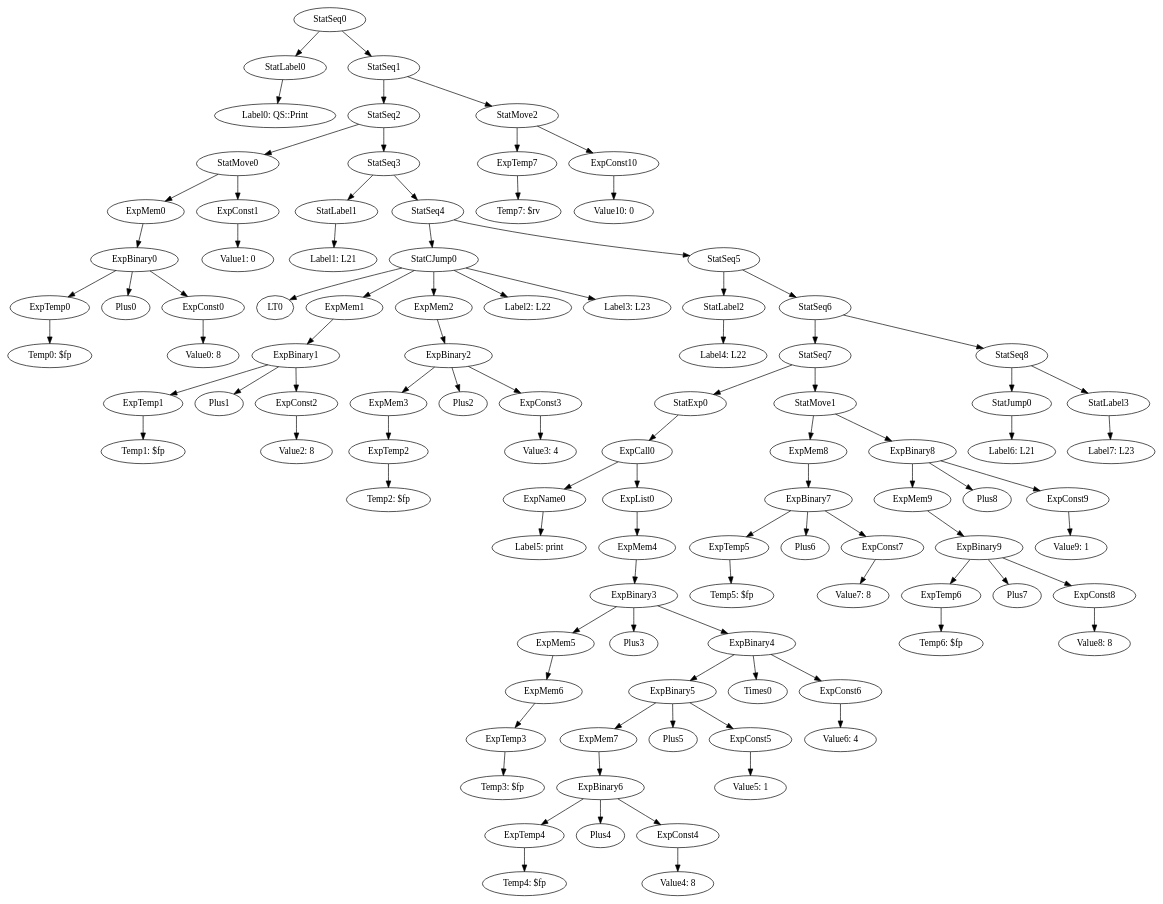
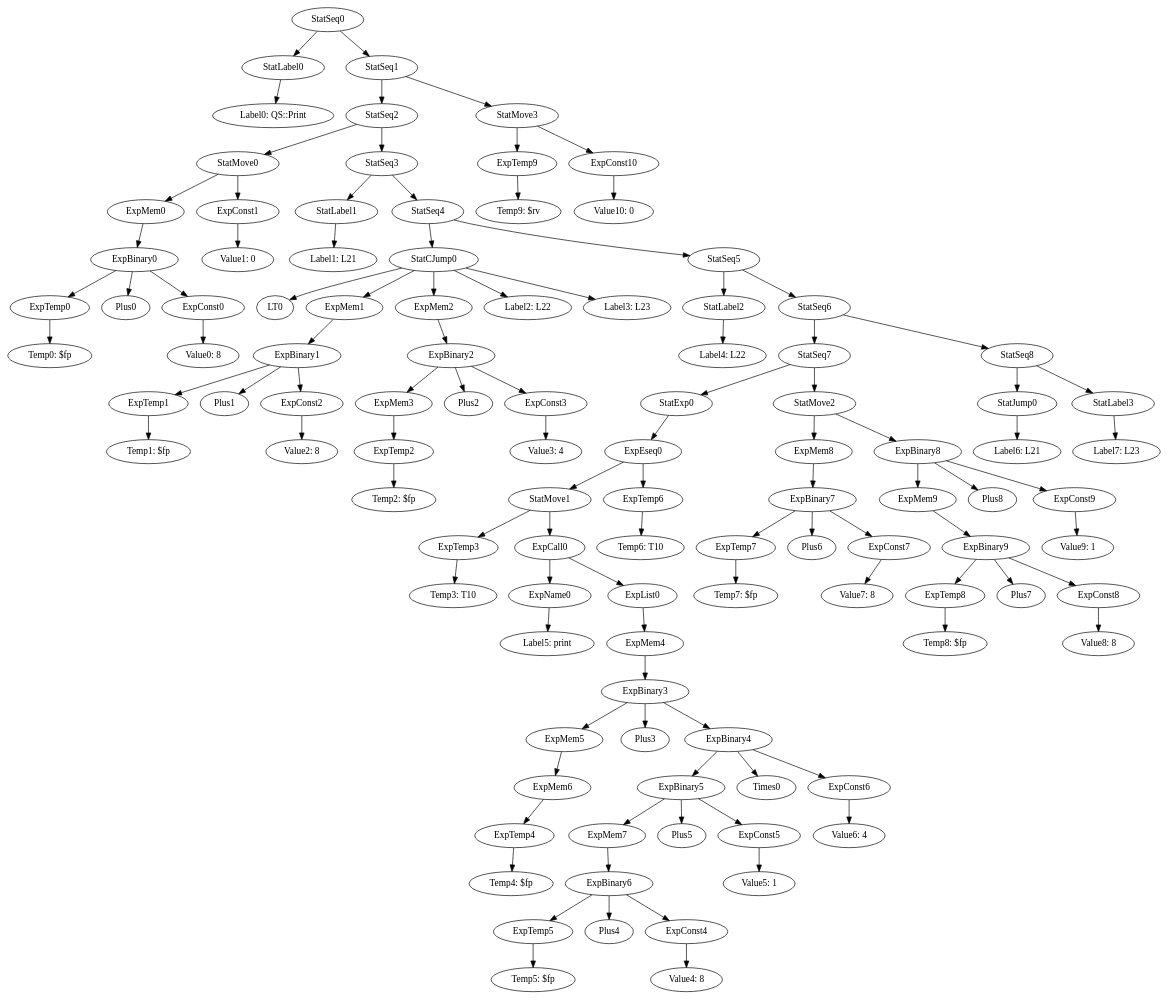
One commit to team-compilers/compilers changed the diagram in MiniJava/results/SamplesCorrect/QuickSort/irtCanon_QS::Print.gv. Above: the diagram before and after it, drawn with Graphviz. The commit also changed 106 other files, not shown here.

```diff
--- a/MiniJava/results/SamplesCorrect/QuickSort/irtCanon_QS::Print.gv
+++ b/MiniJava/results/SamplesCorrect/QuickSort/irtCanon_QS::Print.gv
@@ -1,101 +1,107 @@
 digraph {
 	ordering = out;
 	ExpConst10 -> "Value10: 0";
-	StatMove2 -> ExpTemp7;
-	StatMove2 -> ExpConst10;
+	StatMove3 -> ExpTemp9;
+	StatMove3 -> ExpConst10;
 	StatJump0 -> "Label6: L21";
 	StatSeq6 -> StatSeq7;
 	StatSeq6 -> StatSeq8;
 	ExpBinary8 -> ExpMem9;
 	ExpBinary8 -> Plus8;
 	ExpBinary8 -> ExpConst9;
-	ExpBinary9 -> ExpTemp6;
+	ExpTemp9 -> "Temp9: $rv";
+	ExpBinary9 -> ExpTemp8;
 	ExpBinary9 -> Plus7;
 	ExpBinary9 -> ExpConst8;
-	ExpTemp6 -> "Temp6: $fp";
-	StatMove1 -> ExpMem8;
-	StatMove1 -> ExpBinary8;
+	StatMove2 -> ExpMem8;
+	StatMove2 -> ExpBinary8;
 	StatSeq1 -> StatSeq2;
-	StatSeq1 -> StatMove2;
+	StatSeq1 -> StatMove3;
 	ExpMem8 -> ExpBinary7;
+	ExpConst7 -> "Value7: 8";
+	ExpTemp8 -> "Temp8: $fp";
+	ExpBinary7 -> ExpTemp7;
+	ExpBinary7 -> Plus6;
+	ExpBinary7 -> ExpConst7;
 	ExpTemp2 -> "Temp2: $fp";
 	ExpConst3 -> "Value3: 4";
-	ExpConst7 -> "Value7: 8";
 	ExpTemp1 -> "Temp1: $fp";
 	ExpTemp5 -> "Temp5: $fp";
-	ExpBinary7 -> ExpTemp5;
-	ExpBinary7 -> Plus6;
-	ExpBinary7 -> ExpConst7;
 	StatSeq5 -> StatLabel2;
 	StatSeq5 -> StatSeq6;
+	StatMove1 -> ExpTemp3;
+	StatMove1 -> ExpCall0;
 	ExpBinary0 -> ExpTemp0;
 	ExpBinary0 -> Plus0;
 	ExpBinary0 -> ExpConst0;
 	ExpMem4 -> ExpBinary3;
 	StatSeq4 -> StatCJump0;
 	StatSeq4 -> StatSeq5;
 	ExpMem2 -> ExpBinary2;
 	StatLabel1 -> "Label1: L21";
 	ExpCall0 -> ExpName0;
 	ExpCall0 -> ExpList0;
 	StatMove0 -> ExpMem0;
 	StatMove0 -> ExpConst1;
-	ExpTemp7 -> "Temp7: $rv";
+	ExpTemp7 -> "Temp7: $fp";
 	ExpTemp0 -> "Temp0: $fp";
 	StatSeq3 -> StatLabel1;
 	StatSeq3 -> StatSeq4;
 	ExpMem7 -> ExpBinary6;
 	ExpBinary2 -> ExpMem3;
 	ExpBinary2 -> Plus2;
 	ExpBinary2 -> ExpConst3;
 	ExpMem5 -> ExpMem6;
 	StatLabel0 -> "Label0: QS::Print";
 	StatSeq7 -> StatExp0;
-	StatSeq7 -> StatMove1;
+	StatSeq7 -> StatMove2;
 	StatLabel2 -> "Label4: L22";
 	ExpMem3 -> ExpTemp2;
 	ExpBinary1 -> ExpTemp1;
 	ExpBinary1 -> Plus1;
 	ExpBinary1 -> ExpConst2;
 	ExpMem0 -> ExpBinary0;
-	ExpBinary6 -> ExpTemp4;
+	ExpBinary6 -> ExpTemp5;
 	ExpBinary6 -> Plus4;
 	ExpBinary6 -> ExpConst4;
 	StatSeq2 -> StatMove0;
 	StatSeq2 -> StatSeq3;
 	ExpMem9 -> ExpBinary9;
 	ExpMem1 -> ExpBinary1;
 	ExpConst6 -> "Value6: 4";
 	ExpConst1 -> "Value1: 0";
-	ExpName0 -> "Label5: print";
 	StatSeq8 -> StatJump0;
 	StatSeq8 -> StatLabel3;
-	ExpTemp3 -> "Temp3: $fp";
-	ExpMem6 -> ExpTemp3;
+	ExpTemp3 -> "Temp3: T10";
+	ExpName0 -> "Label5: print";
+	ExpTemp4 -> "Temp4: $fp";
+	ExpMem6 -> ExpTemp4;
 	ExpConst2 -> "Value2: 8";
 	ExpBinary3 -> ExpMem5;
 	ExpBinary3 -> Plus3;
 	ExpBinary3 -> ExpBinary4;
 	ExpConst5 -> "Value5: 1";
-	ExpTemp4 -> "Temp4: $fp";
 	StatLabel3 -> "Label7: L23";
 	ExpConst8 -> "Value8: 8";
 	ExpConst4 -> "Value4: 8";
 	StatSeq0 -> StatLabel0;
 	StatSeq0 -> StatSeq1;
-	StatExp0 -> ExpCall0;
+	StatExp0 -> ExpEseq0;
 	ExpConst9 -> "Value9: 1";
 	ExpBinary5 -> ExpMem7;
 	ExpBinary5 -> Plus5;
 	ExpBinary5 -> ExpConst5;
 	ExpConst0 -> "Value0: 8";
 	ExpBinary4 -> ExpBinary5;
 	ExpBinary4 -> Times0;
 	ExpBinary4 -> ExpConst6;
 	StatCJump0 -> LT0;
 	StatCJump0 -> ExpMem1;
 	StatCJump0 -> ExpMem2;
 	StatCJump0 -> "Label2: L22";
 	StatCJump0 -> "Label3: L23";
 	ExpList0 -> ExpMem4;
+	ExpEseq0 -> StatMove1;
+	ExpEseq0 -> ExpTemp6;
+	ExpTemp6 -> "Temp6: T10";
 }
```
